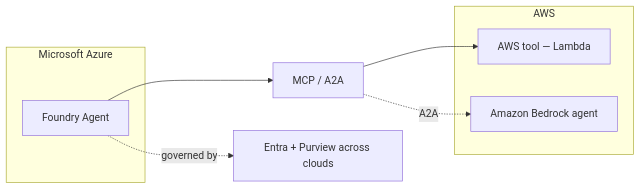
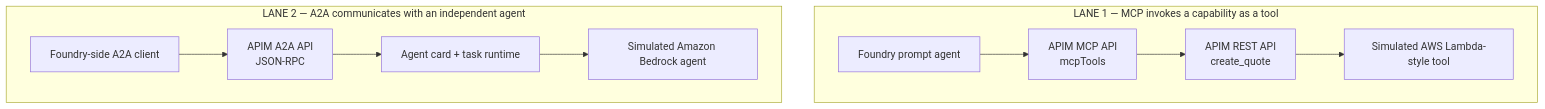
Diagram 13 of 17 in README.md (SridharArrabelly/foundry-pattern-library), drawn with Mermaid before and after one commit. The commit also changed other lines of this file and 5 other files, not shown here.

````diff
--- a/README.md
+++ b/README.md
@@ -364,14 +367,9 @@
 ```mermaid
-flowchart LR
-  subgraph AZURE["Microsoft Azure"]
-    FA["Foundry Agent"]
+flowchart TB
+  subgraph MCP["LANE 1 — MCP invokes a capability as a tool"]
+    FP["Foundry prompt agent"] --> AM["APIM MCP API<br/>mcpTools"] --> AR["APIM REST API<br/>create_quote"] --> LT["Simulated AWS Lambda-style tool"]
   end
-  subgraph AWSC["AWS"]
-    LT["AWS tool — Lambda"]
-    BA["Amazon Bedrock agent"]
+  subgraph A2A["LANE 2 — A2A communicates with an independent agent"]
+    FC["Foundry-side A2A client"] --> AA["APIM A2A API<br/>JSON-RPC"] --> RT["Agent card + task runtime"] --> BA["Simulated Amazon Bedrock agent"]
   end
-  FA --> MCP["MCP / A2A"]
-  MCP --> LT
-  MCP -.->|"A2A"| BA
-  FA -.->|"governed by"| GOV["Entra + Purview across clouds"]
 ```
````
